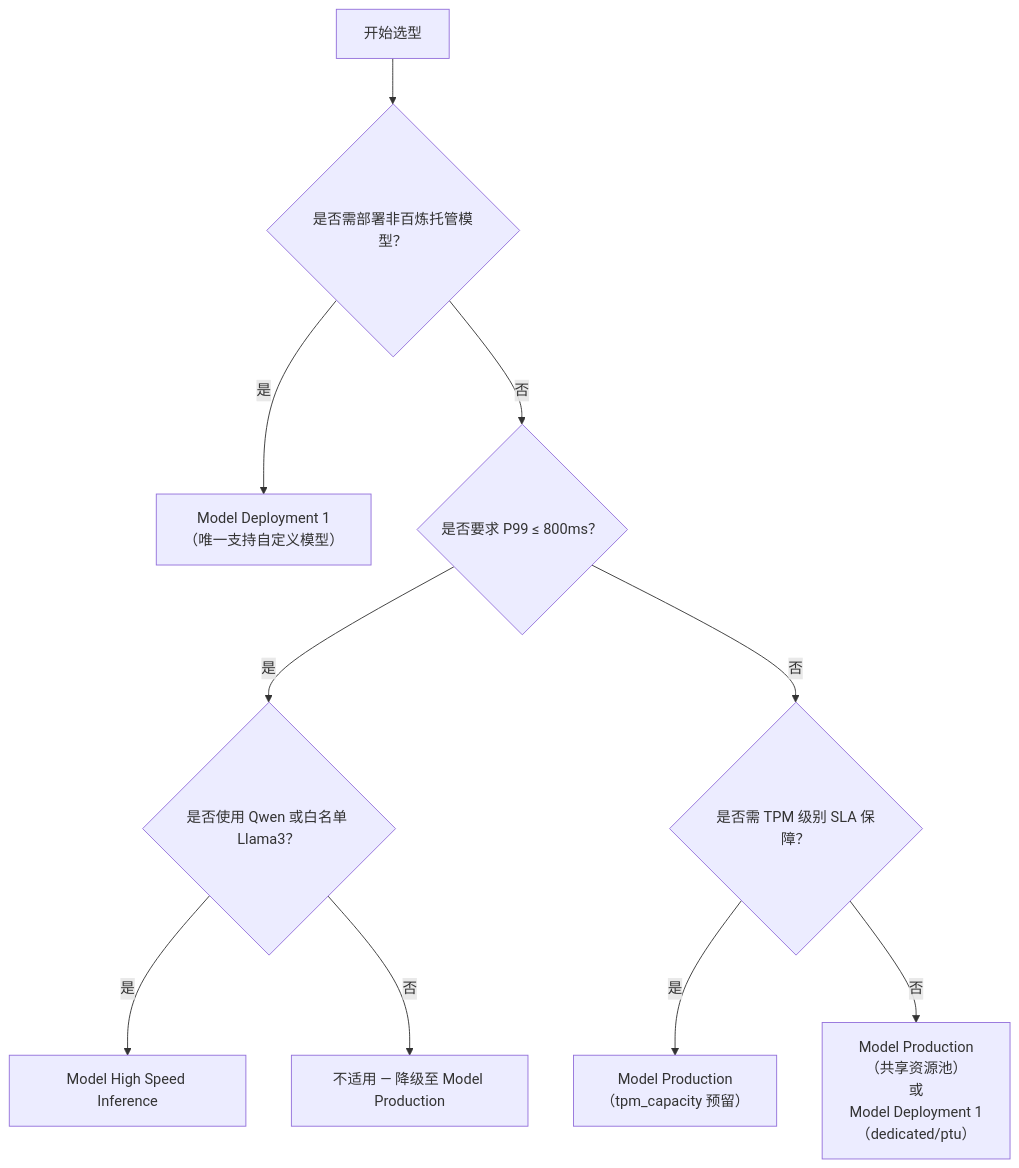
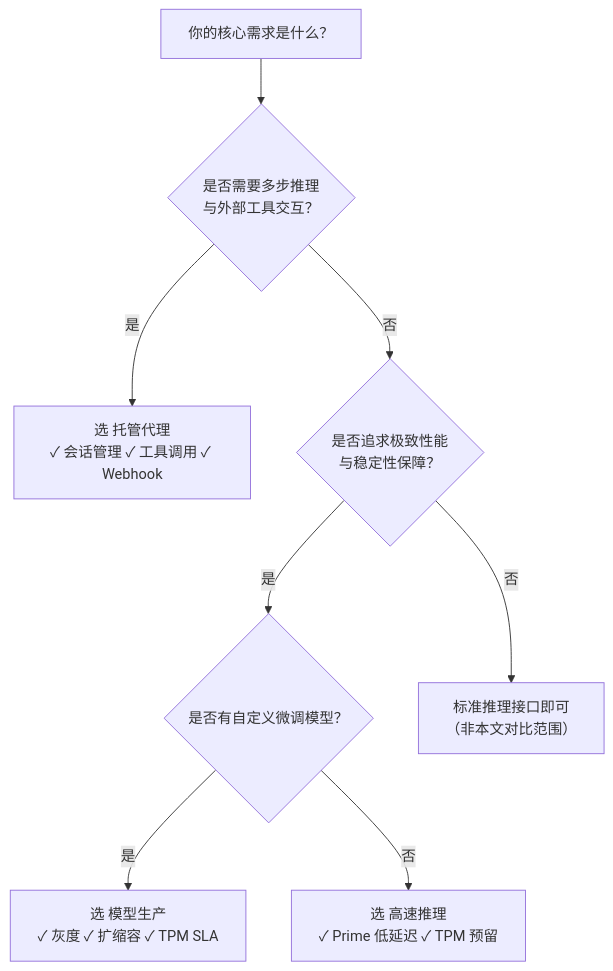
The diagram in skills/bailian-docs-llm-wiki/wiki/comparisons/model-deployment-options.md (modelstudioai/skills), drawn with Mermaid before and after one commit. The commit also changed other lines of this file and 78 other files, not shown here.

````diff
--- a/skills/bailian-docs-llm-wiki/wiki/comparisons/model-deployment-options.md
+++ b/skills/bailian-docs-llm-wiki/wiki/comparisons/model-deployment-options.md
@@ -38,12 +36,10 @@
 ```mermaid
 graph TD
-    A[开始选型] --> B{是否需部署非百炼托管模型？}
-    B -->|是| C[Model Deployment 1<br>（唯一支持自定义模型）]
-    B -->|否| D{是否要求 P99 ≤ 800ms？}
-    D -->|是| E{是否使用 Qwen 或白名单 Llama3？}
-    E -->|是| F[Model High Speed Inference]
-    E -->|否| G[不适用 — 降级至 Model Production]
-    D -->|否| H{是否需 TPM 级别 SLA 保障？}
-    H -->|是| I[Model Production<br>（tpm_capacity 预留）]
-    H -->|否| J[Model Production<br>（共享资源池）<br>或<br>Model Deployment 1<br>（dedicated/ptu）]
+    A[你的核心需求是什么？] --> B{是否需要多步推理<br>与外部工具交互？}
+    B -->|是| C[选 托管代理<br>✓ 会话管理 ✓ 工具调用 ✓ Webhook]
+    B -->|否| D{是否追求极致性能<br>与稳定性保障？}
+    D -->|是| E{是否有自定义微调模型？}
+    E -->|是| F[选 模型生产<br>✓ 灰度 ✓ 扩缩容 ✓ TPM SLA]
+    E -->|否| G[选 高速推理<br>✓ Prime 低延迟 ✓ TPM 预留]
+    D -->|否| H[标准推理接口即可<br>（非本文对比范围）]
 ```
````
